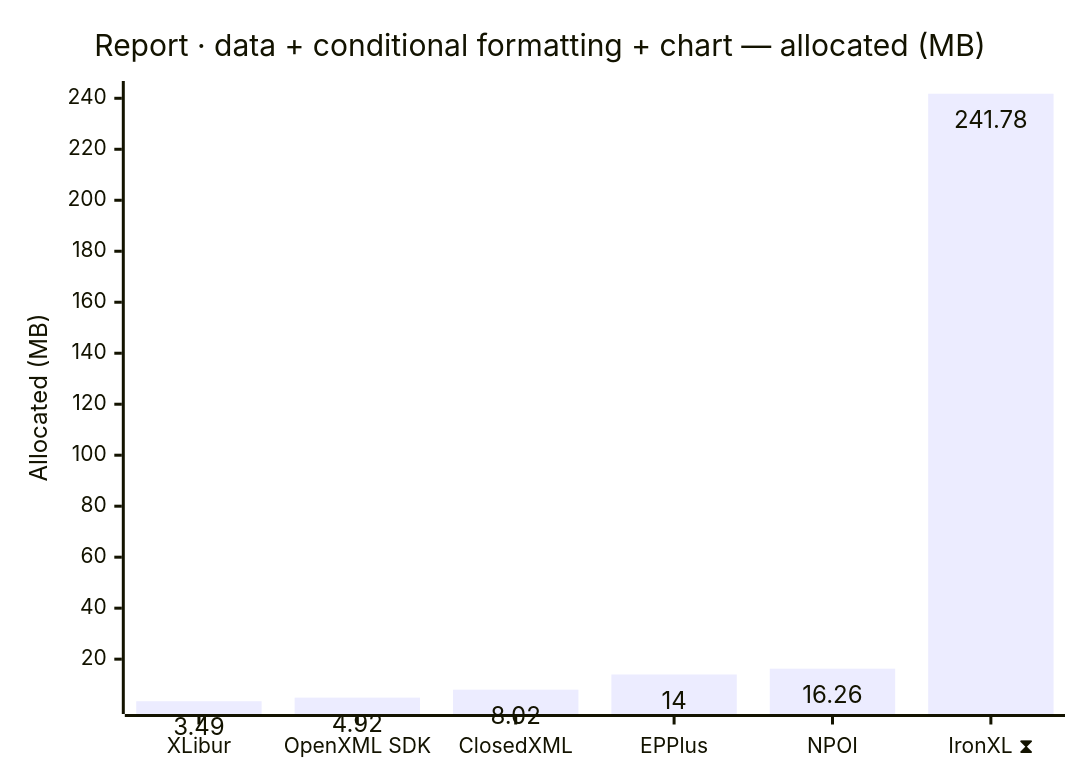
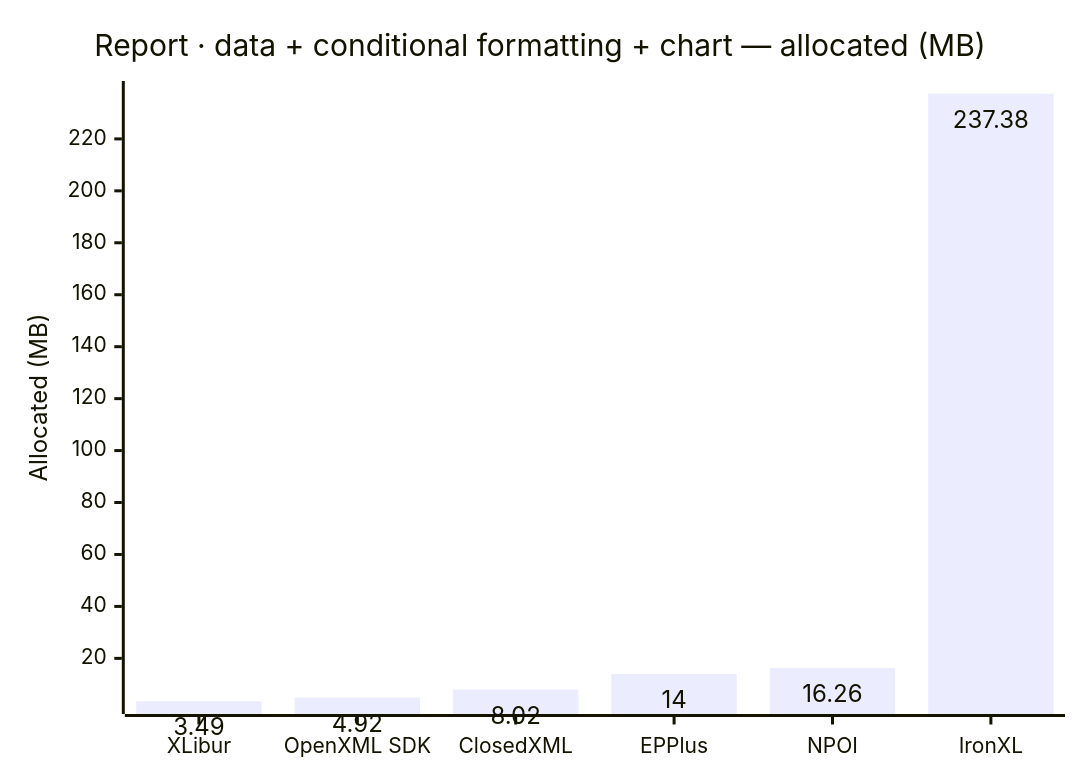
The eighth of 10 diagrams in docs/results.md (jafin/XLBench), drawn with Mermaid before and after one commit. The commit also changed other lines of this file and 3 other files, not shown here.

````diff
--- a/docs/results.md
+++ b/docs/results.md
@@ -130,12 +126,12 @@
 ```mermaid
 ---
 config:
   xyChart:
     showDataLabel: true
 ---
 xychart-beta
     title "Report · data + conditional formatting + chart — allocated (MB)"
-    x-axis ["XLibur", "OpenXML SDK", "ClosedXML", "EPPlus", "NPOI", "IronXL ⧗"]
+    x-axis ["XLibur", "OpenXML SDK", "ClosedXML", "EPPlus", "NPOI", "IronXL"]
     y-axis "Allocated (MB)"
-    bar [3.49, 4.92, 8.02, 14, 16.26, 241.78]
+    bar [3.49, 4.92, 8.02, 14, 16.26, 237.38]
 ```
````
